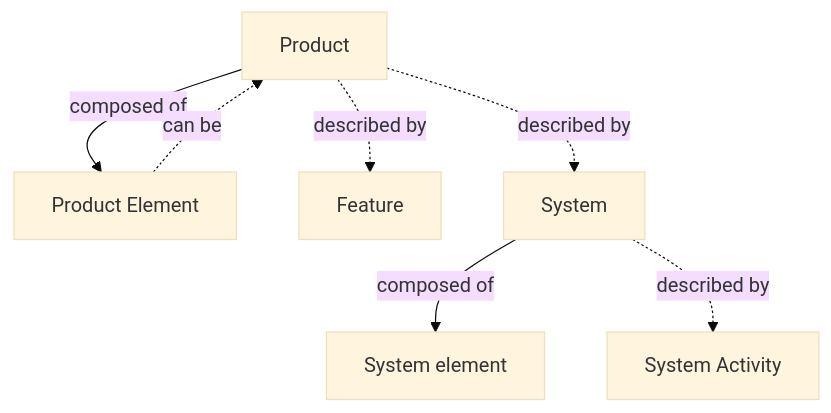
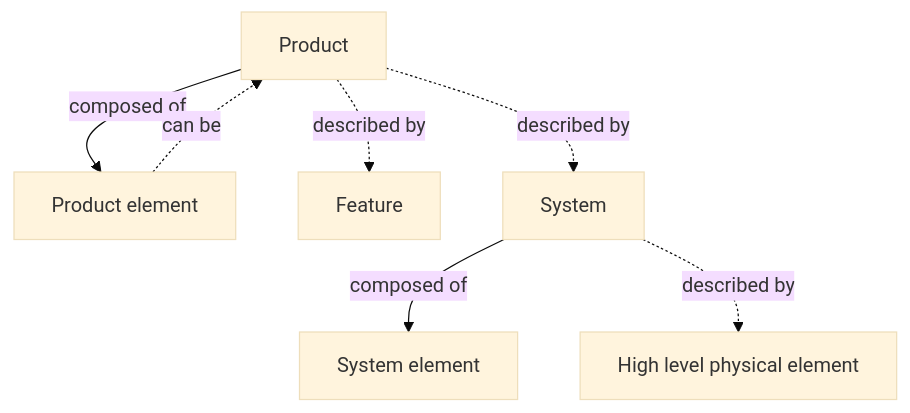
Before and after one commit to 3se-framework/3se-onto: the second of 3 diagrams in glossary.md, drawn with Mermaid (base theme). The commit also changed other lines of this file, not shown here.

````diff
--- a/glossary.md
+++ b/glossary.md
@@ -1067,16 +1123,16 @@
 ```mermaid
 flowchart TD
     N1["Product"]
-    N2["Product Element"]
+    N2["Product element"]
     N3["Feature"]
     N4["System"]
-    N6["System element"]
-    N7["System Activity"]
+    N5["System element"]
+    N6["High level physical element"]
 
     N1 -->|composed of| N2
     N1 -.->|described by| N3
     N1 -.->|described by| N4
     N2 -.->|can be| N1
-    N4 -->|composed of| N6
-    N4 -.->|described by| N7
+    N4 -->|composed of| N5
+    N4 -.->|described by| N6
 ```
````
